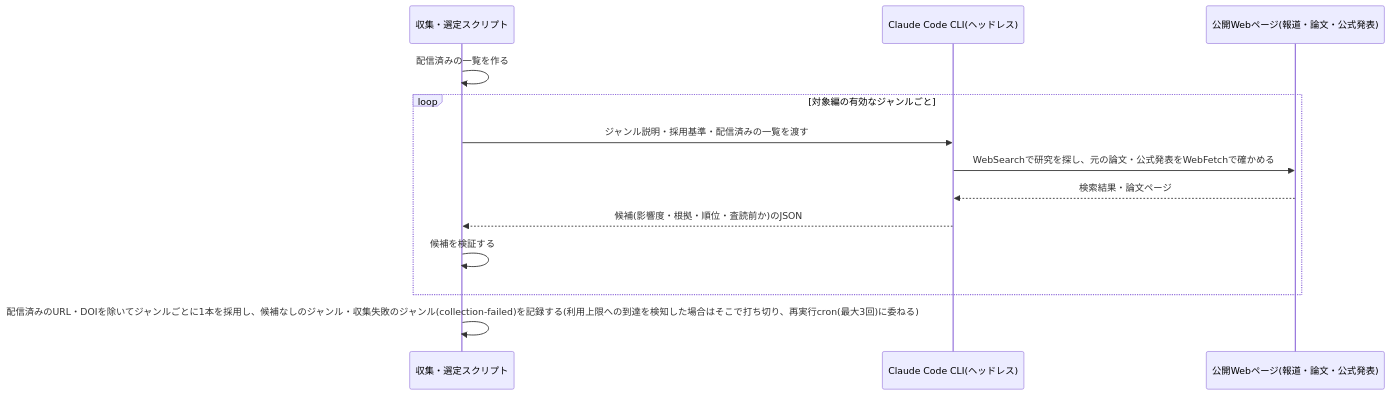
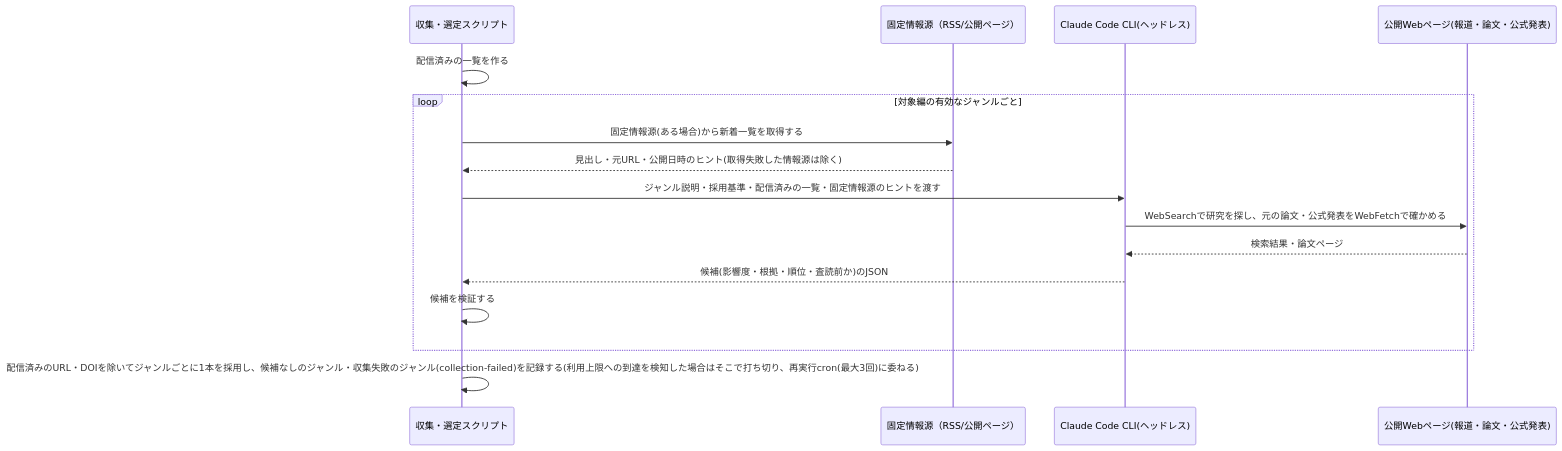
One commit to zakiyama0108/benriyatool changed the diagram in specs/research-digest/content-selection/design.md. Above: the diagram before and after it, drawn with Mermaid. The commit also changed other lines of this file and 13 other files, not shown here.

````diff
--- a/specs/research-digest/content-selection/design.md
+++ b/specs/research-digest/content-selection/design.md
@@ -93,16 +153,19 @@
 ```mermaid
 sequenceDiagram
     participant script as 収集・選定スクリプト
+    participant fixed as 固定情報源（RSS/公開ページ）
     participant claude as Claude Code CLI(ヘッドレス)
     participant web as 公開Webページ(報道・論文・公式発表)
 
     script ->> script: 配信済みの一覧を作る
     loop 対象編の有効なジャンルごと
-        script ->> claude: ジャンル説明・採用基準・配信済みの一覧を渡す
+        script ->> fixed: 固定情報源(ある場合)から新着一覧を取得する
+        fixed -->> script: 見出し・元URL・公開日時のヒント(取得失敗した情報源は除く)
+        script ->> claude: ジャンル説明・採用基準・配信済みの一覧・固定情報源のヒントを渡す
         claude ->> web: WebSearchで研究を探し、元の論文・公式発表をWebFetchで確かめる
         web -->> claude: 検索結果・論文ページ
         claude -->> script: 候補(影響度・根拠・順位・査読前か)のJSON
         script ->> script: 候補を検証する
     end
     script ->> script: 配信済みのURL・DOIを除いてジャンルごとに1本を採用し、候補なしのジャンル・収集失敗のジャンル(collection-failed)を記録する(利用上限への到達を検知した場合はそこで打ち切り、再実行cron(最大3回)に委ねる)
 ```
````
